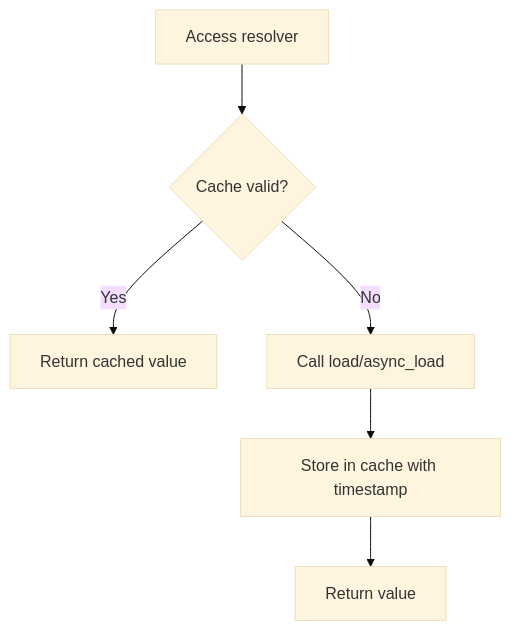
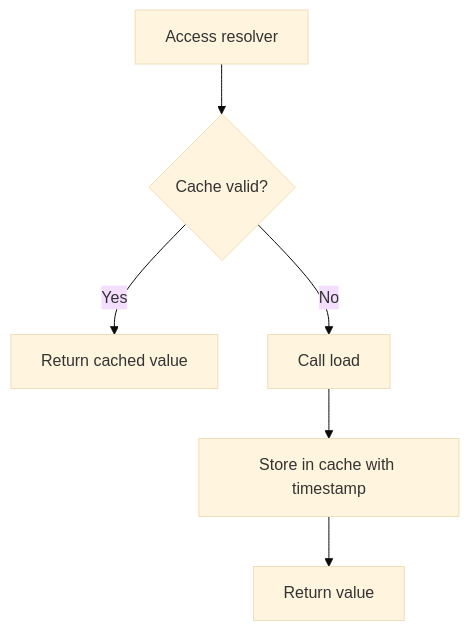
One commit to genropy/genro-bag changed the seventh of 14 diagrams in docs/reference/architecture.md. Above: the diagram before and after it, drawn with Mermaid (base theme). The commit also changed other lines of this file and 54 other files, not shown here.

````diff
--- a/docs/reference/architecture.md
+++ b/docs/reference/architecture.md
@@ -152,8 +151,8 @@
 ```mermaid
 flowchart TB
     A[Access resolver] --> B{Cache valid?}
     B -->|Yes| C[Return cached value]
-    B -->|No| D[Call load/async_load]
+    B -->|No| D[Call load]
     D --> E[Store in cache with timestamp]
     E --> F[Return value]
 ```
````
